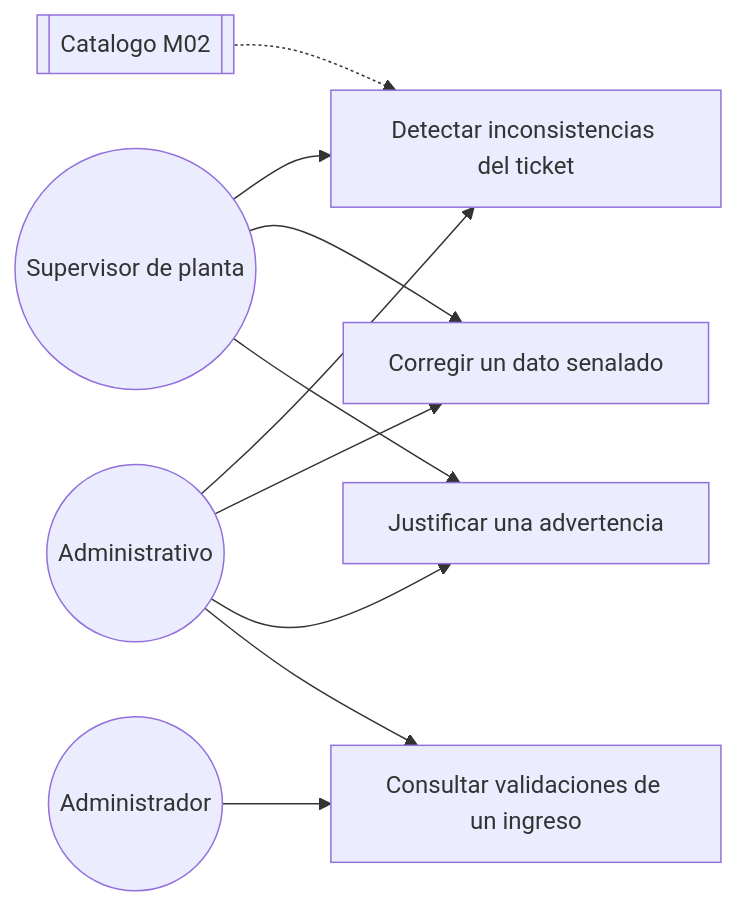
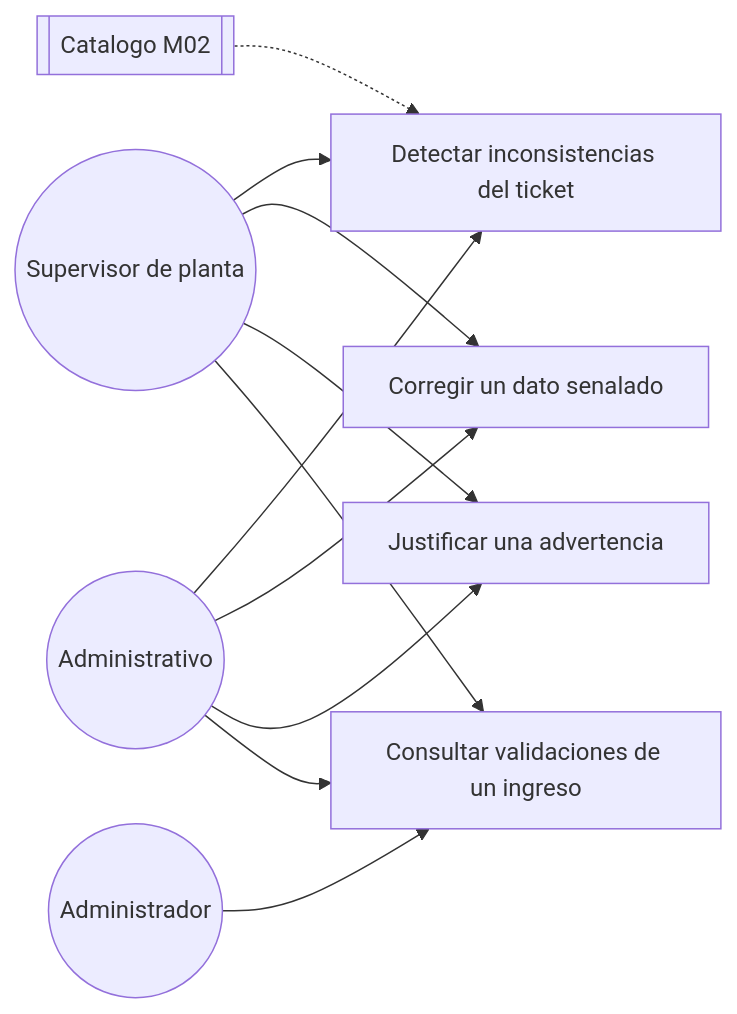
One commit to adlerOmonte1/LogisticaMinera changed the diagram in docs/modulos/M05-validacion/diagramas/caso_uso.md. Above: the diagram before and after it, drawn with Mermaid. The commit also changed other lines of this file and 72 other files, not shown here.

````diff
--- a/docs/modulos/M05-validacion/diagramas/caso_uso.md
+++ b/docs/modulos/M05-validacion/diagramas/caso_uso.md
@@ -3,22 +3,23 @@
 ```mermaid
 flowchart LR
     SUP(("Supervisor de planta"))
     ADV(("Administrativo"))
     ADM(("Administrador"))
     CAT[["Catalogo M02"]]
 
     UC1["Detectar inconsistencias del ticket"]
     UC2["Corregir un dato senalado"]
     UC3["Justificar una advertencia"]
     UC4["Consultar validaciones de un ingreso"]
 
     SUP --> UC1
     SUP --> UC2
     SUP --> UC3
     ADV --> UC1
     ADV --> UC2
     ADV --> UC3
     ADV --> UC4
     ADM --> UC4
+    SUP --> UC4
     CAT -.-> UC1
 ```
````
